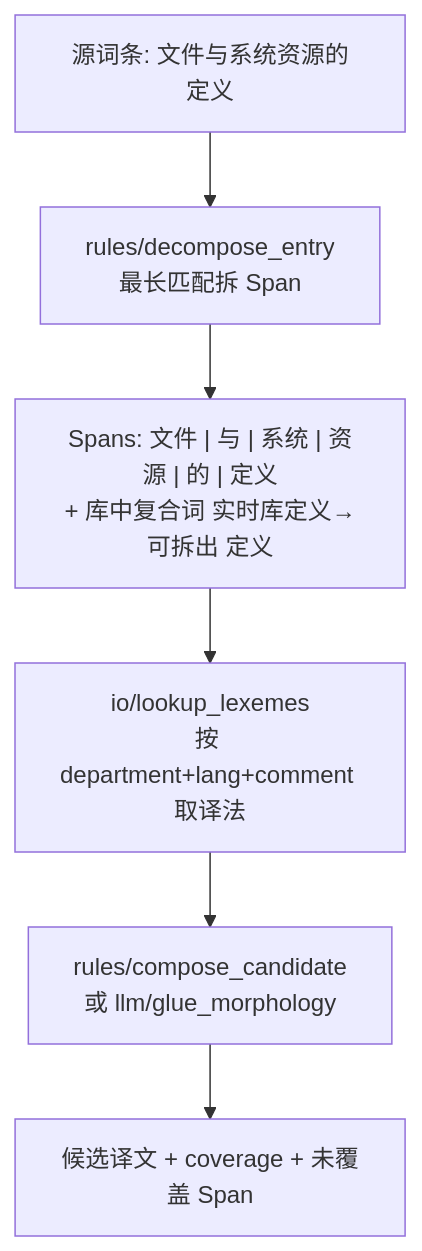
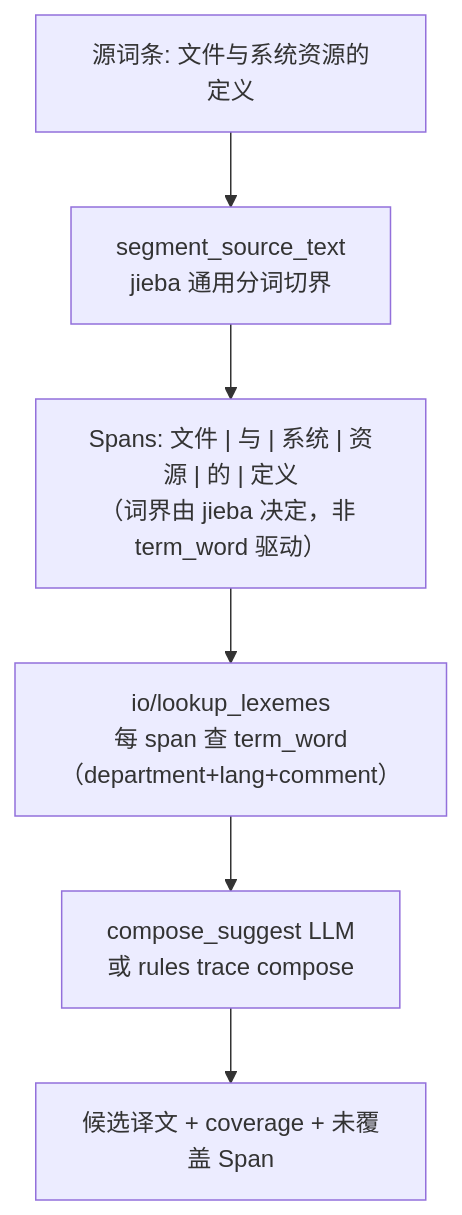
The second of 13 diagrams in .cursor/plans/pretranslategraph_阶段二_886a27fa.plan.md (deosiree/translationtool), drawn with Mermaid before and after one commit. The commit also changed other lines of this file and 1 other file, not shown here.

First line of the commit message:
docs(plan): 更新路线图 todo 并新增进度快照文档

````diff
--- a/.cursor/plans/pretranslategraph_阶段二_886a27fa.plan.md
+++ b/.cursor/plans/pretranslategraph_阶段二_886a27fa.plan.md
@@ -107,10 +128,10 @@
 ```mermaid
 flowchart TD
   IN["源词条: 文件与系统资源的定义"]
-  DEC["rules/decompose_entry<br/>最长匹配拆 Span"]
-  SP["Spans: 文件 | 与 | 系统 | 资源 | 的 | 定义<br/>+ 库中复合词 实时库定义→可拆出 定义"]
-  LOOKUP["io/lookup_lexemes<br/>按 department+lang+comment 取译法"]
-  COMP["rules/compose_candidate<br/>或 llm/glue_morphology"]
+  SEG["segment_source_text<br/>jieba 通用分词切界"]
+  SP["Spans: 文件 | 与 | 系统 | 资源 | 的 | 定义<br/>（词界由 jieba 决定，非 term_word 驱动）"]
+  LOOKUP["io/lookup_lexemes<br/>每 span 查 term_word（department+lang+comment）"]
+  COMP["compose_suggest LLM<br/>或 rules trace compose"]
   OUT["候选译文 + coverage + 未覆盖 Span"]
-  IN --> DEC --> SP --> LOOKUP --> COMP --> OUT
+  IN --> SEG --> SP --> LOOKUP --> COMP --> OUT
 ```
````
